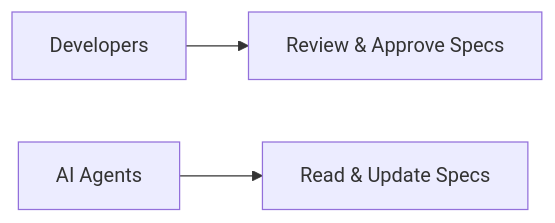
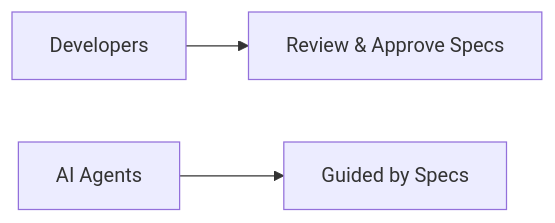
One commit to mtov/AgileSpec changed the second of 9 diagrams in README.md. Above: the diagram before and after it, drawn with Mermaid. The commit also changed other lines of this file, not shown here.

````diff
--- a/README.md
+++ b/README.md
@@ -81,5 +81,5 @@
 ```mermaid
 flowchart LR
     H["Developers"] --> R["Review & Approve Specs"]
-    A["AI Agents"] --> C["Read & Update Specs"]
+    A["AI Agents"] --> C["Guided by Specs"]
 ```
````
